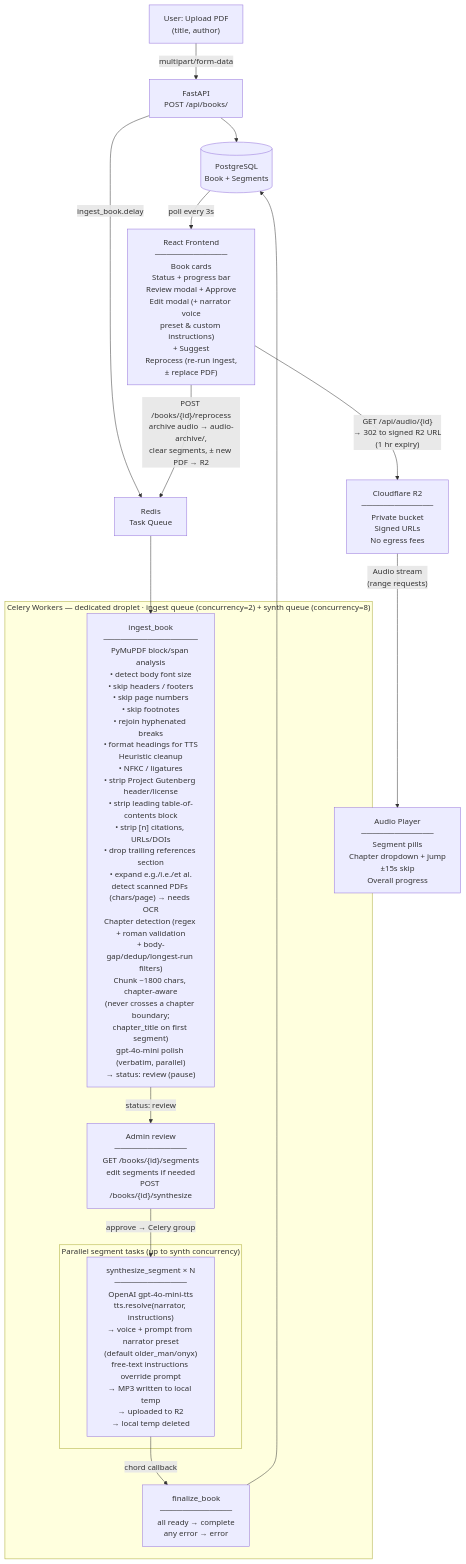
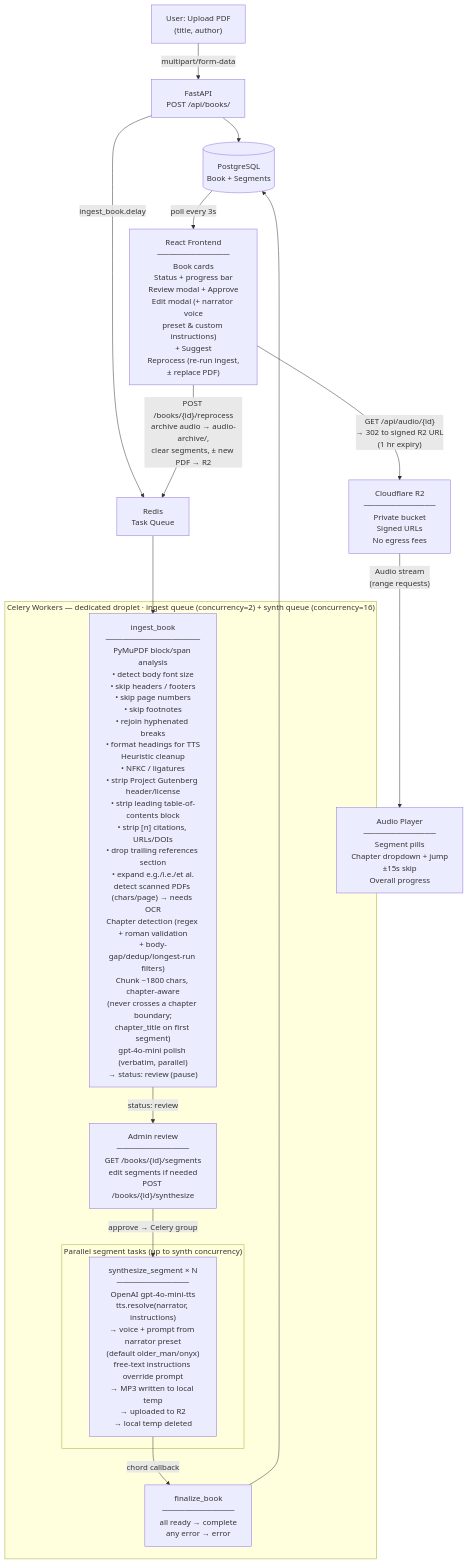
The diagram in PIPELINE.md (antispiraldev/AudioBookLib), drawn with Mermaid before and after one commit. The commit also changed 3 other files, not shown here.

First line of the commit message:
perf: raise synth concurrency 8->16 (user-approved)

````diff
--- a/PIPELINE.md
+++ b/PIPELINE.md
@@ -3,37 +3,37 @@
 ```mermaid
 flowchart TD
     Upload["User: Upload PDF\n(title, author)"]
     API["FastAPI\nPOST /api/books/"]
     DB[("PostgreSQL\nBook + Segments")]
     Queue["Redis\nTask Queue"]
 
     Upload -->|multipart/form-data| API
     API --> DB
     API -->|ingest_book.delay| Queue
 
     Queue --> Ingest
 
-    subgraph Worker ["Celery Workers — dedicated droplet · ingest queue (concurrency=2) + synth queue (concurrency=8)"]
+    subgraph Worker ["Celery Workers — dedicated droplet · ingest queue (concurrency=2) + synth queue (concurrency=16)"]
         Ingest["ingest_book\n─────────────────\nPyMuPDF block/span analysis\n• detect body font size\n• skip headers / footers\n• skip page numbers\n• skip footnotes\n• rejoin hyphenated breaks\n• format headings for TTS\nHeuristic cleanup\n• NFKC / ligatures\n• strip Project Gutenberg header/license\n• strip leading table-of-contents block\n• strip [n] citations, URLs/DOIs\n• drop trailing references section\n• expand e.g./i.e./et al.\ndetect scanned PDFs (chars/page) → needs OCR\nChapter detection (regex + roman validation\n+ body-gap/dedup/longest-run filters)\nChunk ~1800 chars, chapter-aware\n(never crosses a chapter boundary;\nchapter_title on first segment)\ngpt-4o-mini polish (verbatim, parallel)\n→ status: review (pause)"]
 
         Review["Admin review\n─────────────\nGET /books/{id}/segments\nedit segments if needed\nPOST /books/{id}/synthesize"]
         Ingest -->|"status: review"| Review
         Review -->|"approve → Celery group"| Synth
 
         subgraph Parallel ["Parallel segment tasks (up to synth concurrency)"]
             Synth["synthesize_segment × N\n─────────────\nOpenAI gpt-4o-mini-tts\ntts.resolve(narrator, instructions)\n→ voice + prompt from narrator preset\n(default older_man/onyx)\nfree-text instructions override prompt\n→ MP3 written to local temp\n→ uploaded to R2\n→ local temp deleted"]
         end
 
         Synth -->|"chord callback"| Finalize
         Finalize["finalize_book\n─────────────\nall ready → complete\nany error  → error"]
     end
 
     Finalize --> DB
 
     DB -->|"poll every 3s"| Frontend
     Frontend["React Frontend\n─────────────\nBook cards\nStatus + progress bar\nReview modal + Approve\nEdit modal (+ narrator voice\npreset & custom instructions)\n+ Suggest\nReprocess (re-run ingest,\n± replace PDF)"]
     Frontend -->|"POST /books/{id}/reprocess\narchive audio → audio-archive/,\nclear segments, ± new PDF → R2"| Queue
     Frontend -->|"GET /api/audio/{id}\n→ 302 to signed R2 URL\n(1 hr expiry)"| R2
     R2["Cloudflare R2\n─────────────\nPrivate bucket\nSigned URLs\nNo egress fees"]
     R2 -->|"Audio stream\n(range requests)"| Player["Audio Player\n─────────────\nSegment pills\nChapter dropdown + jump\n±15s skip\nOverall progress"]
 ```
````
